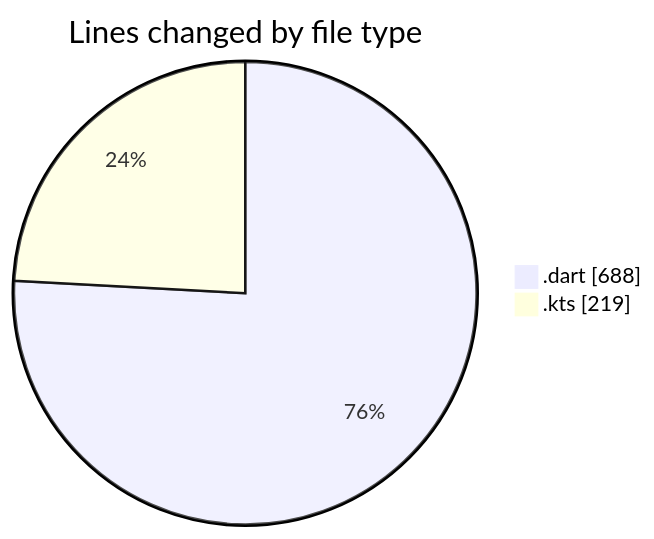
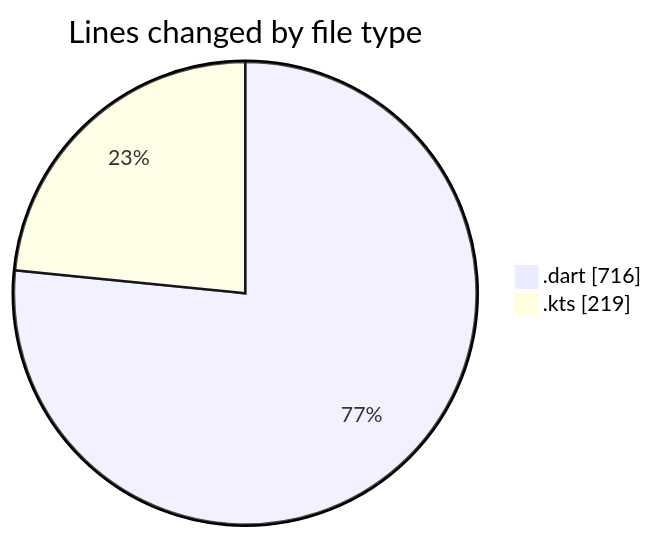
Before and after one commit to donsfak/code-tracking: the first of 2 diagrams in 2025-02-24/drivers_app/README.md, drawn with Mermaid. The commit also changed other lines of this file and 1 other file, not shown here.

````diff
--- a/2025-02-24/drivers_app/README.md
+++ b/2025-02-24/drivers_app/README.md
@@ -25,6 +25,6 @@
 ```mermaid
 pie showData
 title Lines changed by file type
-".dart" : 688
+".dart" : 716
 ".kts" : 219
 ```
````
